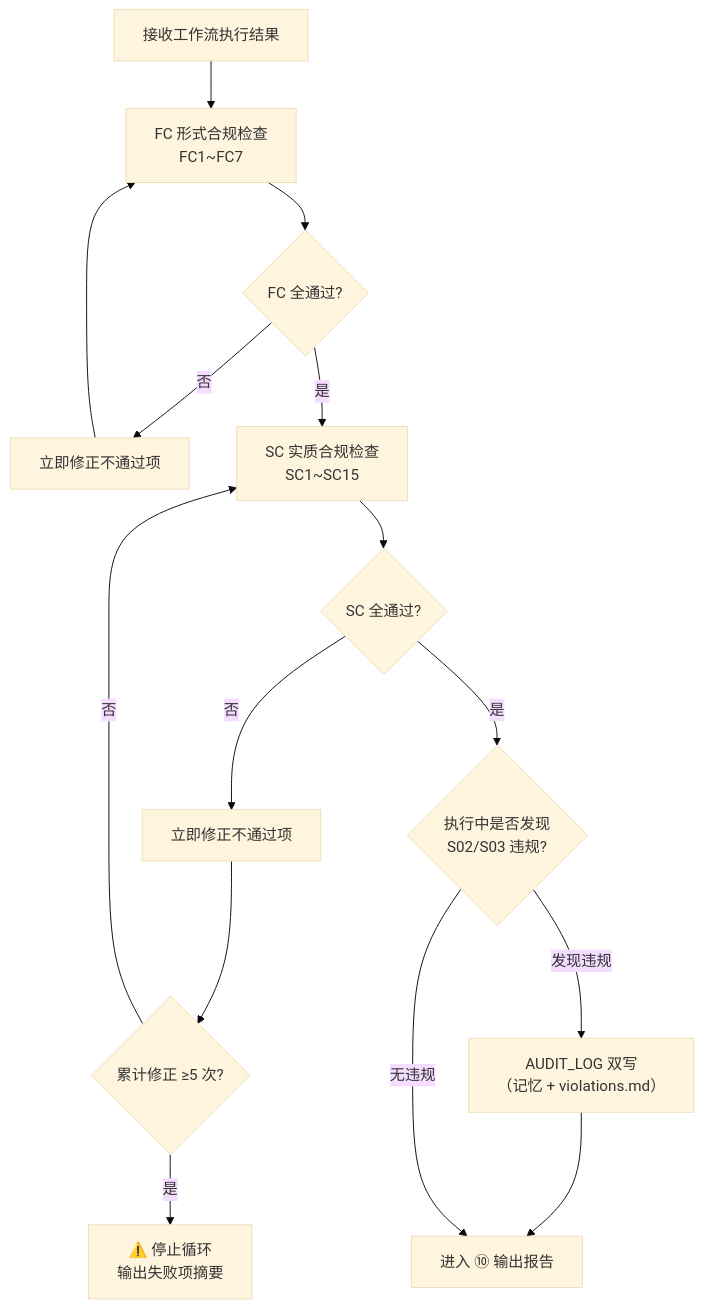
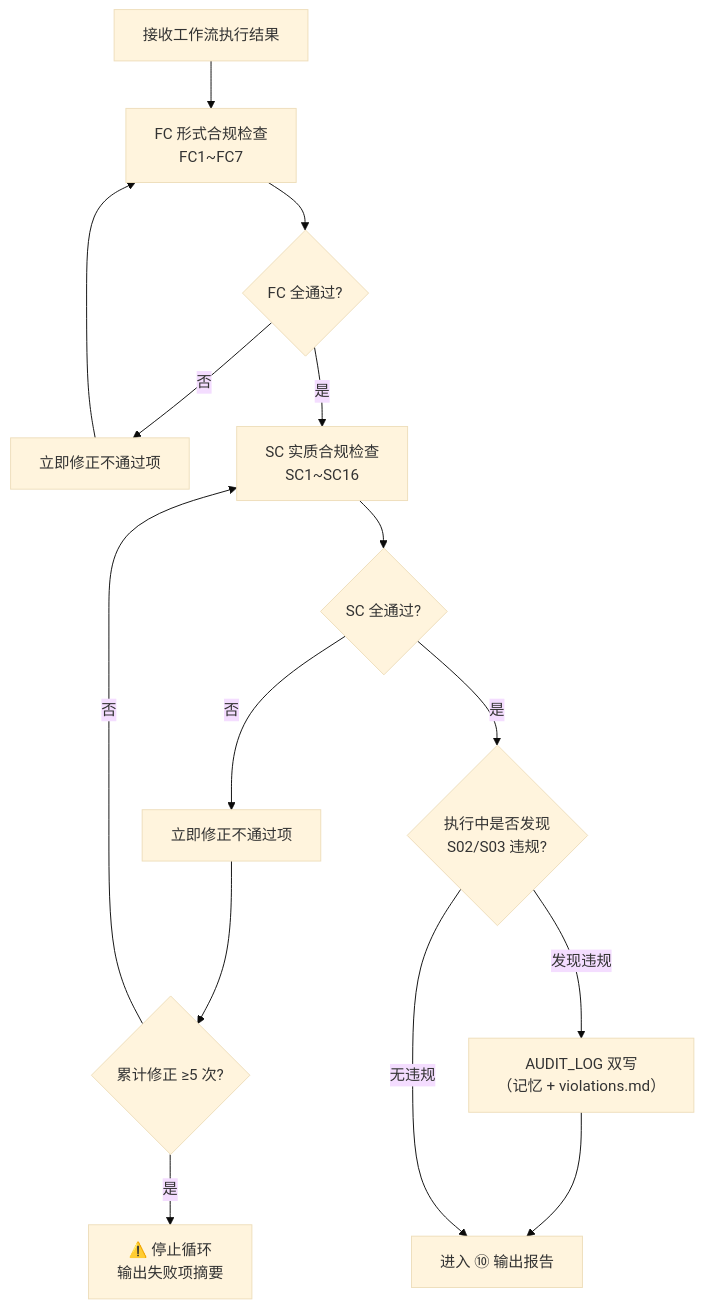
Before and after one commit to devcodex-labs/devcodex: the diagram in website/docs/specs/exec-compliance-flow.md, drawn with Mermaid (base theme). The commit also changed 18 other files, not shown here.

````diff
--- a/website/docs/specs/exec-compliance-flow.md
+++ b/website/docs/specs/exec-compliance-flow.md
@@ -10,25 +10,25 @@
 ```mermaid
 flowchart TD
     IN["接收工作流执行结果"]
     FC["FC 形式合规检查\nFC1~FC7"]
     FC_OK{"FC 全通过?"}
     FC_FIX["立即修正不通过项"]
-    SC["SC 实质合规检查\nSC1~SC15"]
+    SC["SC 实质合规检查\nSC1~SC16"]
     SC_OK{"SC 全通过?"}
     SC_FIX["立即修正不通过项"]
     RETRY{"累计修正 ≥5 次?"}
     STOP["⚠️ 停止循环\n输出失败项摘要"]
     AUDIT{"执行中是否发现\nS02/S03 违规?"}
     AUDIT_LOG["AUDIT_LOG 双写\n（记忆 + violations.md）"]
     OUT["进入 ⑩ 输出报告"]
 
     IN --> FC --> FC_OK
     FC_OK -->|"否"| FC_FIX --> FC
     FC_OK -->|"是"| SC --> SC_OK
     SC_OK -->|"否"| SC_FIX --> RETRY
     RETRY -->|"否"| SC
     RETRY -->|"是"| STOP
     SC_OK -->|"是"| AUDIT
     AUDIT -->|"发现违规"| AUDIT_LOG --> OUT
     AUDIT -->|"无违规"| OUT
 ```
````
